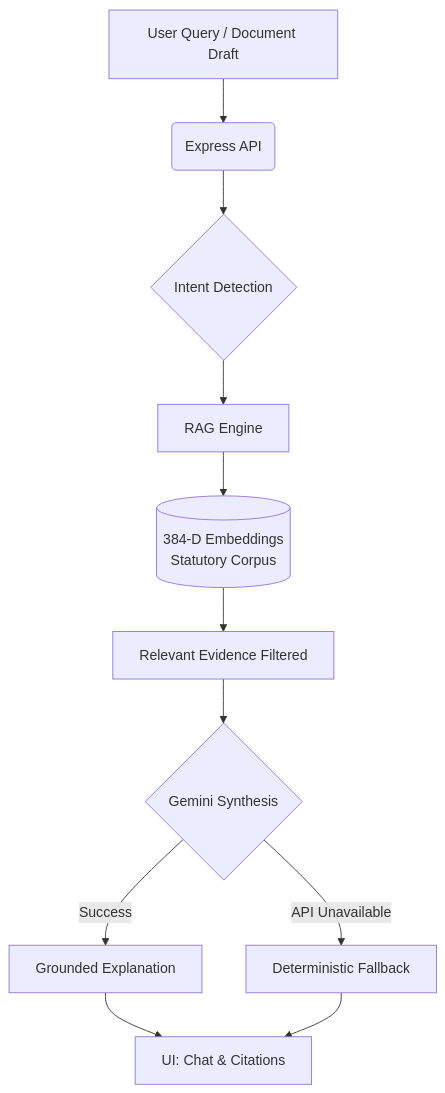
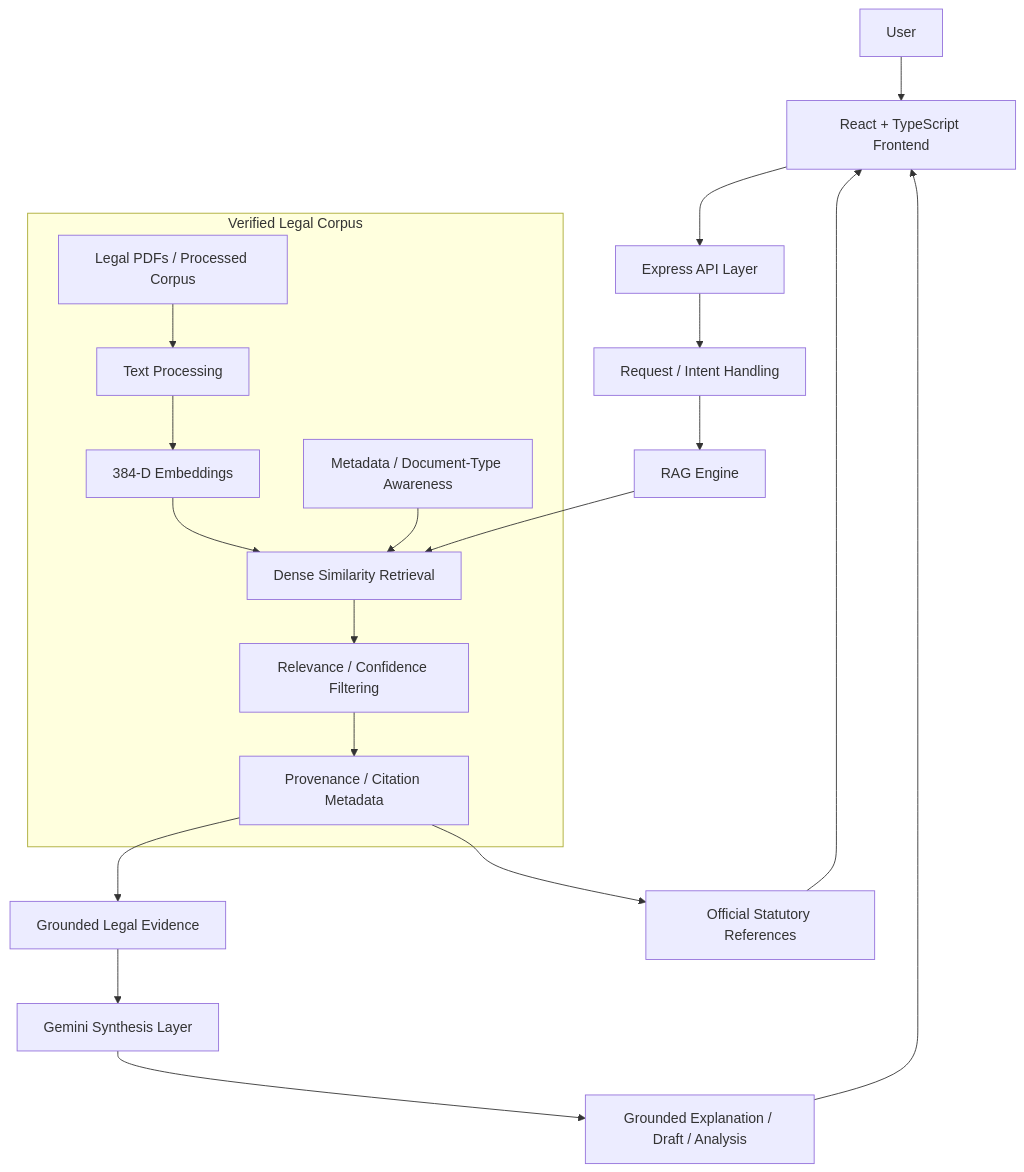
Before and after one commit to srishaprajwalg/Kanoon: the diagram in README.md, drawn with Mermaid. The commit also changed other lines of this file and 6 other files, not shown here.

````diff
--- a/README.md
+++ b/README.md
@@ -32,13 +76,32 @@
 ```mermaid
 flowchart TD
-    A[User Query / Document Draft] --> B(Express API)
-    B --> C{Intent Detection}
-    C --> D[RAG Engine]
-    D --> E[(384-D Embeddings\nStatutory Corpus)]
-    E --> F[Relevant Evidence Filtered]
-    F --> G{Gemini Synthesis}
-    G -- Success --> H[Grounded Explanation]
-    G -- API Unavailable --> I[Deterministic Fallback]
-    H --> J[UI: Chat & Citations]
-    I --> J
+    U[User] --> FE[React + TypeScript Frontend]
+    FE --> API[Express API Layer]
+    API --> INTENT[Request / Intent Handling]
+    INTENT --> RAG[RAG Engine]
+
+    subgraph CORPUS[Verified Legal Corpus]
+        PDF[Legal PDFs / Processed Corpus]
+        PARSE[Text Processing]
+        EMB[384-D Embeddings]
+        META[Metadata / Document-Type Awareness]
+        RETRIEVE[Dense Similarity Retrieval]
+        FILTER[Relevance / Confidence Filtering]
+        PROV[Provenance / Citation Metadata]
+
+        PDF --> PARSE --> EMB
+        EMB --> RETRIEVE
+        META --> RETRIEVE
+        RETRIEVE --> FILTER --> PROV
+    end
+
+    RAG --> RETRIEVE
+    PROV --> EVIDENCE[Grounded Legal Evidence]
+
+    EVIDENCE --> LLM[Gemini Synthesis Layer]
+    LLM --> OUT[Grounded Explanation / Draft / Analysis]
+    OUT --> FE
+
+    PROV --> CIT[Official Statutory References]
+    CIT --> FE
 ```
````
